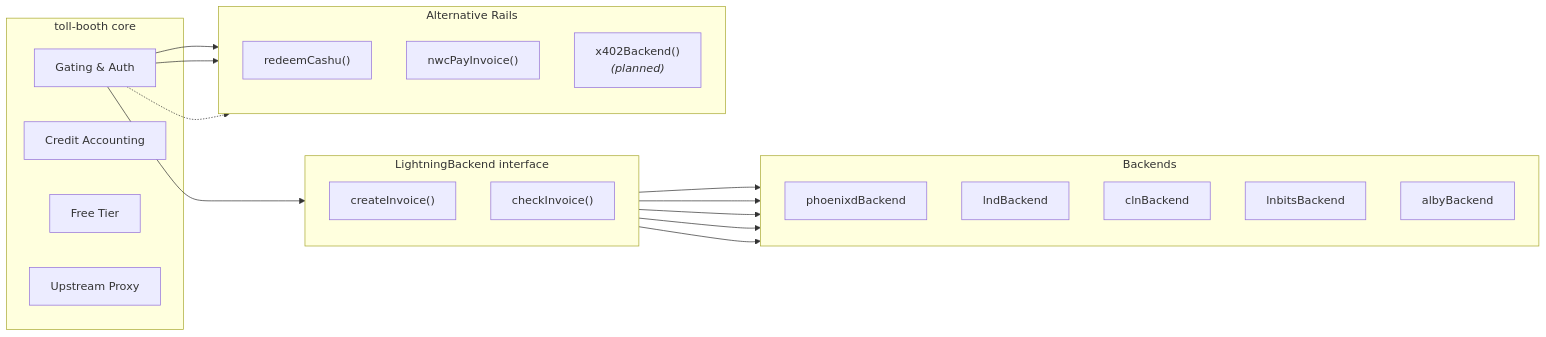
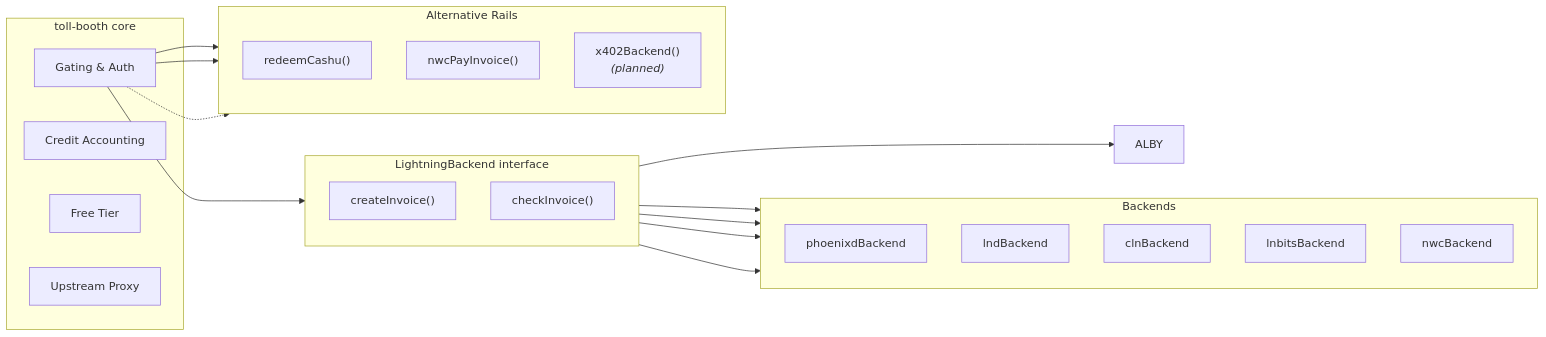
Before and after one commit to TheCryptoDonkey/toll-booth: the fourth of 5 diagrams in docs/architecture.md, drawn with Mermaid. The commit also changed other lines of this file and 12 other files, not shown here.

First line of the commit message:
feat: replace Alby backend with proper NWC backend (nostr-core)

````diff
--- a/docs/architecture.md
+++ b/docs/architecture.md
@@ -121,41 +121,41 @@
 ```mermaid
 graph LR
     subgraph "toll-booth core"
         GATE[Gating & Auth]
         CREDIT[Credit Accounting]
         FREE[Free Tier]
         PROXY[Upstream Proxy]
     end
 
     subgraph "LightningBackend interface"
         direction TB
         CI["createInvoice()"]
         CHK["checkInvoice()"]
     end
 
     subgraph "Backends"
         direction TB
         PHX[phoenixdBackend]
         LND_B[lndBackend]
         CLN_B[clnBackend]
         LNBITS[lnbitsBackend]
-        ALBY[albyBackend]
+        NWC_B[nwcBackend]
     end
 
     subgraph "Alternative Rails"
         direction TB
         CASHU_R["redeemCashu()"]
         NWC_R["nwcPayInvoice()"]
         X402_R["x402Backend()<br/><i>(planned)</i>"]
     end
 
     GATE --> CI
     GATE --> CASHU_R
     GATE --> NWC_R
     GATE -.-> X402_R
     CI --> PHX
     CI --> LND_B
     CI --> CLN_B
     CI --> LNBITS
     CI --> ALBY
 ```
````
